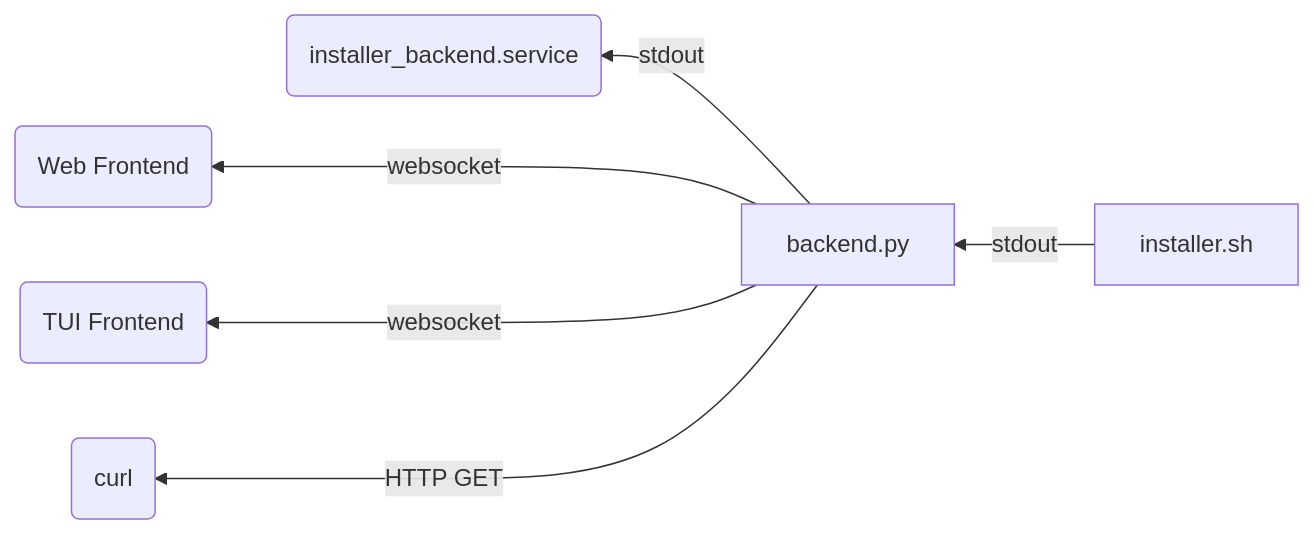
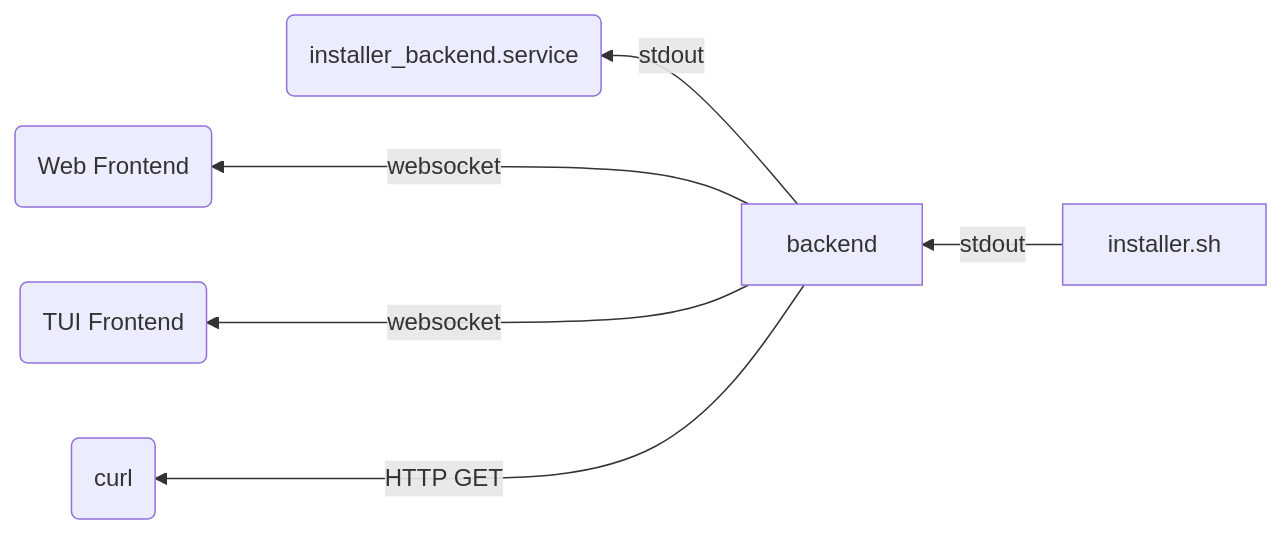
The second of 2 diagrams in README.md (r0b0/debian-installer), drawn with Mermaid before and after one commit. The commit also changed other lines of this file and 12 other files, not shown here.

````diff
--- a/README.md
+++ b/README.md
@@ -180,8 +180,8 @@
 ```mermaid
 flowchart RL
-    C[backend.py] -->|stdout| B(installer_backend.service)
+    C[backend] -->|stdout| B(installer_backend.service)
     C --->|websocket| D(Web Frontend)
     C --->|websocket| E(TUI Frontend)
     C --->|HTTP GET| G(curl)
     F[installer.sh] -->|stdout| C
 ```
````
